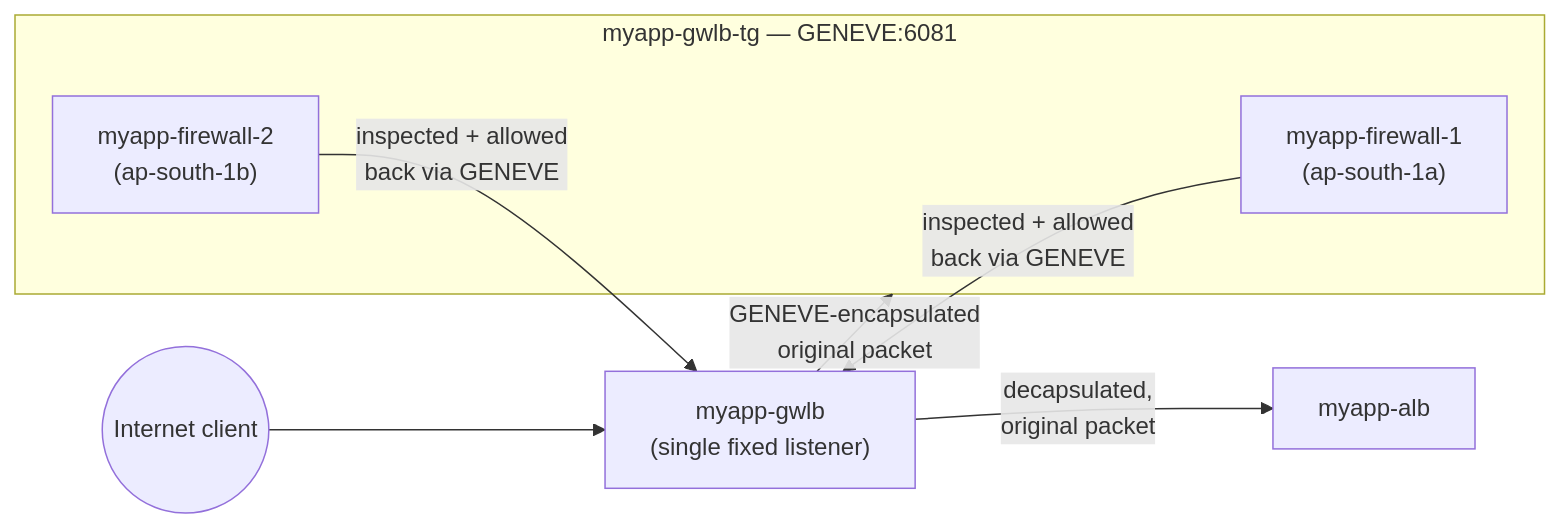
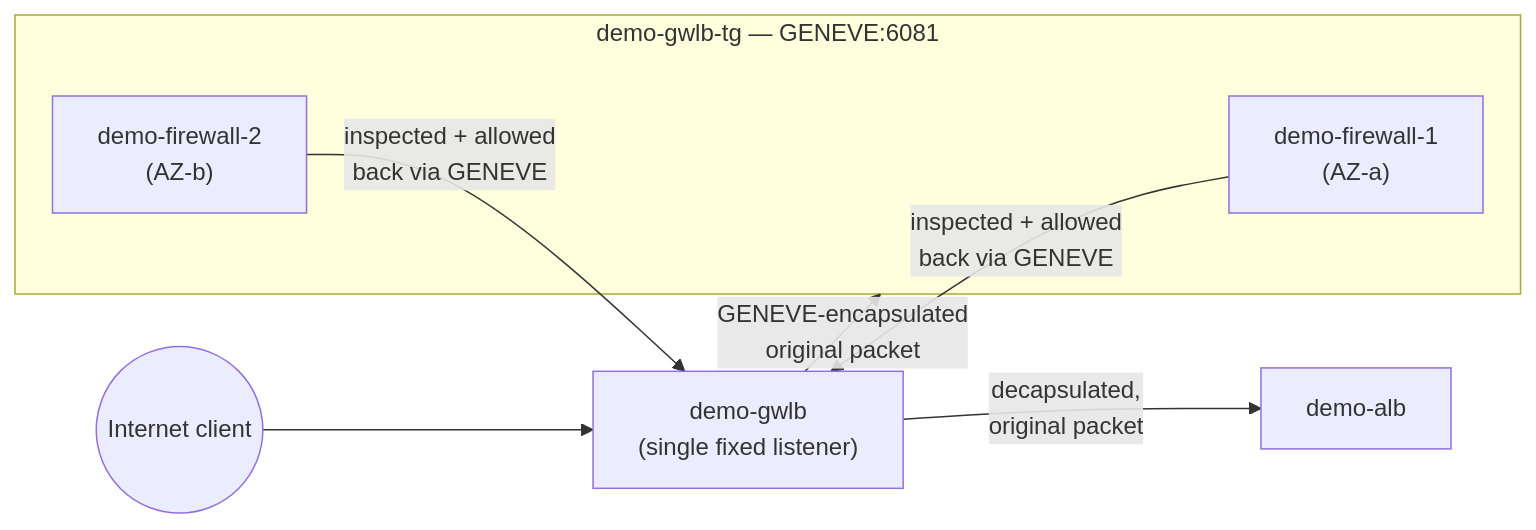
The diagram in EC2/LoadBalancer/12-Gateway-Load-Balancer.md (msdeepak052/AWS_Imp_Concepts), drawn with Mermaid before and after one commit. The commit also changed other lines of this file and 66 other files, not shown here.

````diff
--- a/EC2/LoadBalancer/12-Gateway-Load-Balancer.md
+++ b/EC2/LoadBalancer/12-Gateway-Load-Balancer.md
@@ -60,15 +60,15 @@
 ```mermaid
 flowchart LR
     CLIENT(("Internet client"))
-    CLIENT --> GWLB["myapp-gwlb<br/>(single fixed listener)"]
+    CLIENT --> GWLB["demo-gwlb<br/>(single fixed listener)"]
 
-    subgraph TG["myapp-gwlb-tg — GENEVE:6081"]
-        FW1["myapp-firewall-1<br/>(ap-south-1a)"]
-        FW2["myapp-firewall-2<br/>(ap-south-1b)"]
+    subgraph TG["demo-gwlb-tg — GENEVE:6081"]
+        FW1["demo-firewall-1<br/>(AZ-a)"]
+        FW2["demo-firewall-2<br/>(AZ-b)"]
     end
 
     GWLB -->|"GENEVE-encapsulated<br/>original packet"| TG
     FW1 -->|"inspected + allowed<br/>back via GENEVE"| GWLB
     FW2 -->|"inspected + allowed<br/>back via GENEVE"| GWLB
-    GWLB -->|"decapsulated,<br/>original packet"| ALB["myapp-alb"]
+    GWLB -->|"decapsulated,<br/>original packet"| ALB["demo-alb"]
 ```
````
